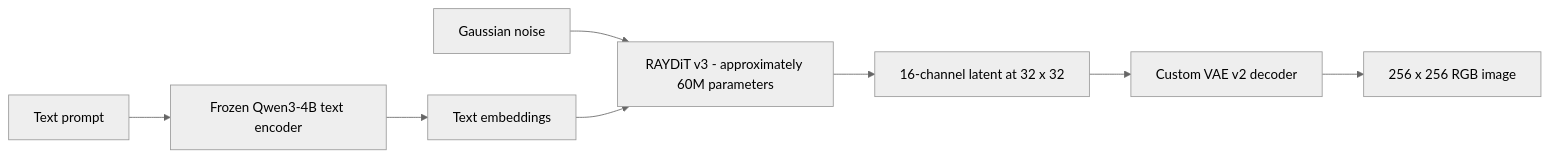
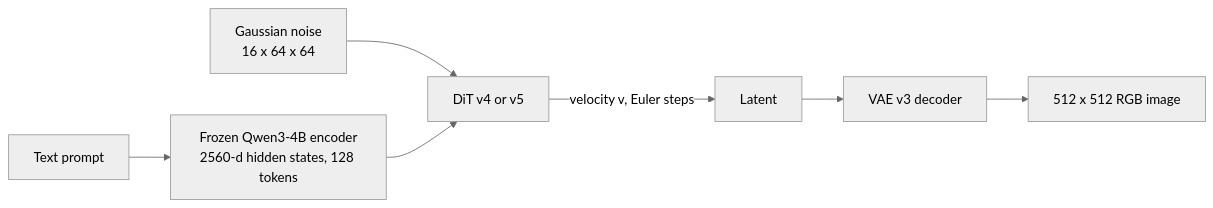
Before and after one commit to Rishidev-20thcenturey/rustes-generative-ai: the diagram in README.md, drawn with Mermaid (neutral theme). The commit also changed other lines of this file, not shown here.

````diff
--- a/README.md
+++ b/README.md
@@ -76,10 +64,9 @@
 ```mermaid
 flowchart LR
-    P[Text prompt] --> Q[Frozen Qwen3-4B text encoder]
-    Q --> E[Text embeddings]
-    N[Gaussian noise] --> D[RAYDiT v3 - approximately 60M parameters]
-    E --> D
-    D --> Z[16-channel latent at 32 x 32]
-    Z --> V[Custom VAE v2 decoder]
-    V --> I[256 x 256 RGB image]
+    P[Text prompt] --> Q[Frozen Qwen3-4B encoder<br/>2560-d hidden states, 128 tokens]
+    N[Gaussian noise<br/>16 x 64 x 64] --> D[DiT v4 or v5]
+    Q --> D
+    D -->|velocity v, Euler steps| L[Latent]
+    L --> V[VAE v3 decoder]
+    V --> I[512 x 512 RGB image]
 ```
````
